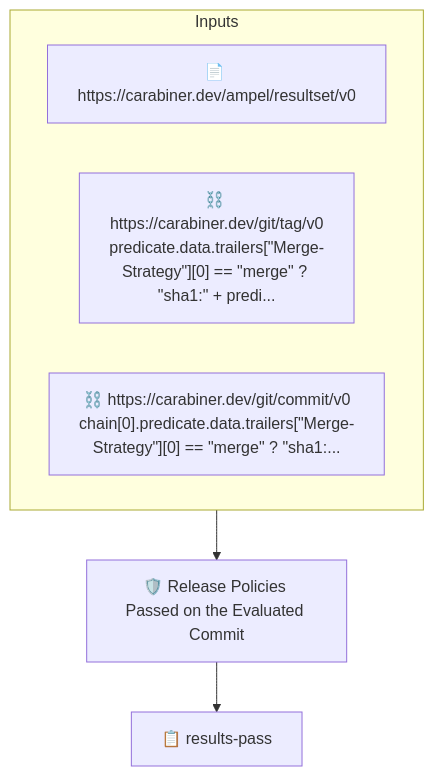
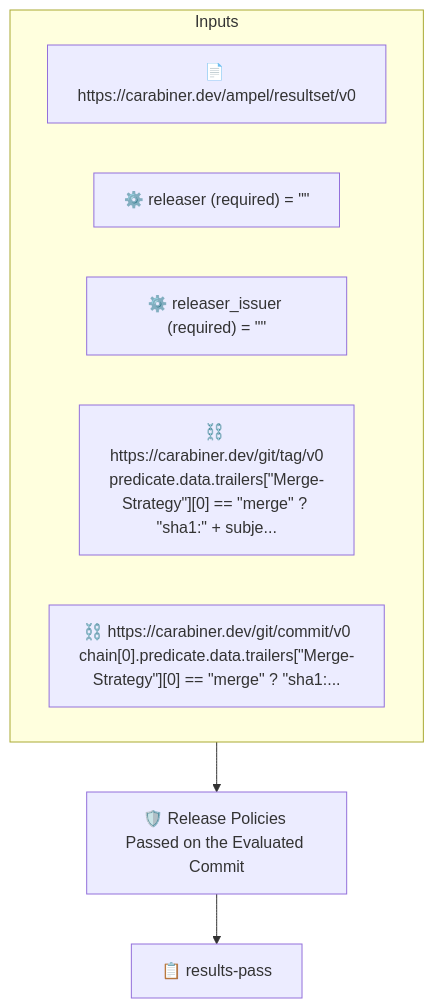
Before and after one commit to carabiner-dev/policies: the diagram in release/release-evaluated-commit-passed.md, drawn with Mermaid. The commit also changed other lines of this file and 26 other files, not shown here.

````diff
--- a/release/release-evaluated-commit-passed.md
+++ b/release/release-evaluated-commit-passed.md
@@ -35,11 +42,13 @@
 ```mermaid
 flowchart TD
     subgraph inputs["Inputs"]
         A0["📄 https://carabiner.dev/ampel/resultset/v0"]
-        L0["⛓️ https://carabiner.dev/git/tag/v0<br/>predicate.data.trailers[#quot;Merge-Strategy#quot;][0] == #quot;merge#quot; ? #quot;sha1:#quot; + predi..."]
+        C0["⚙️ releaser (required) = #quot;#quot;"]
+        C1["⚙️ releaser_issuer (required) = #quot;#quot;"]
+        L0["⛓️ https://carabiner.dev/git/tag/v0<br/>predicate.data.trailers[#quot;Merge-Strategy#quot;][0] == #quot;merge#quot; ? #quot;sha1:#quot; + subje..."]
         L1["⛓️ https://carabiner.dev/git/commit/v0<br/>chain[0].predicate.data.trailers[#quot;Merge-Strategy#quot;][0] == #quot;merge#quot; ? #quot;sha1:..."]
     end
     P["🛡️ Release Policies Passed on the Evaluated Commit"]
     inputs --> P
     P --> P_T0["📋 results-pass"]
 ```
````
